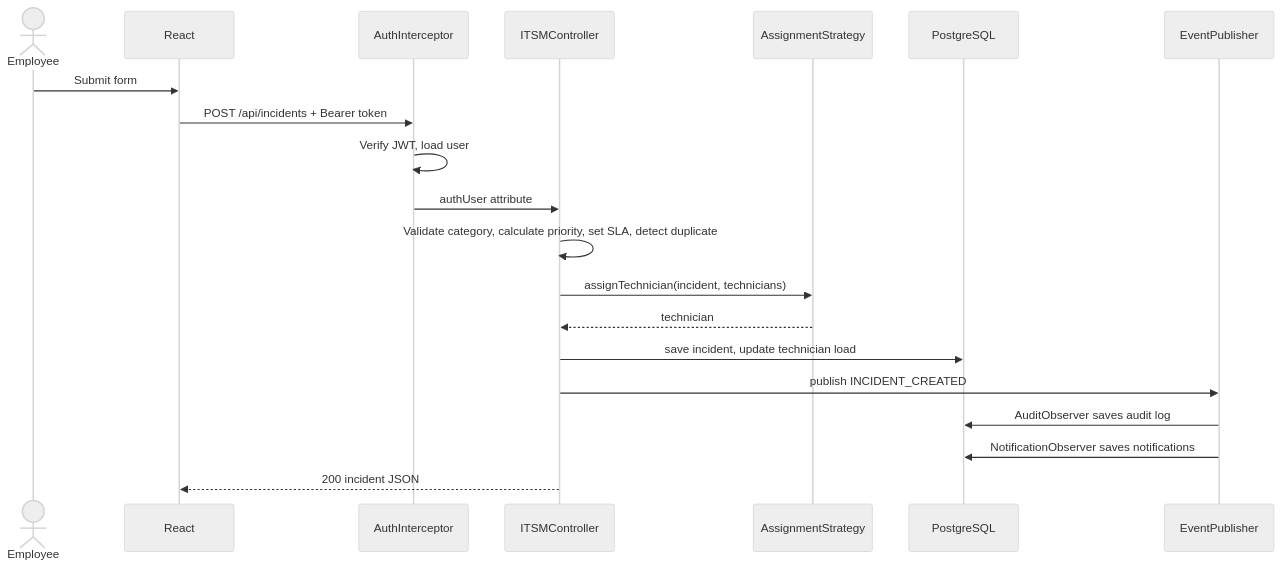
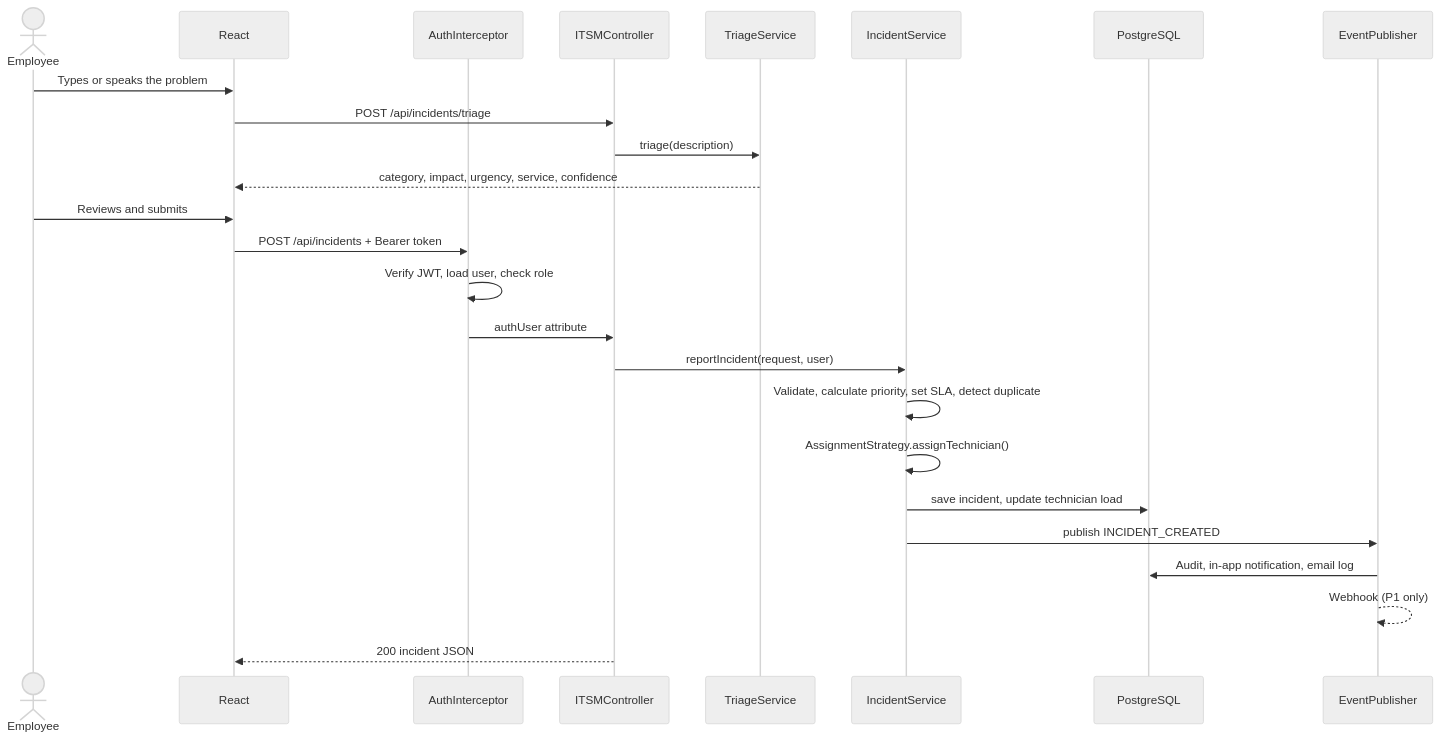
One commit to likhil-20/OOP_Project changed the third of 4 diagrams in docs/architecture.md. Above: the diagram before and after it, drawn with Mermaid (neutral theme). The commit also changed other lines of this file and 18 other files, not shown here.

`````diff
--- a/docs/architecture.md
+++ b/docs/architecture.md
@@ -60,22 +68,27 @@
-````mermaid
+```mermaid
 sequenceDiagram
     actor E as Employee
     participant UI as React
     participant AI as AuthInterceptor
     participant C as ITSMController
-    participant S as AssignmentStrategy
+    participant T as TriageService
+    participant S as IncidentService
     participant DB as PostgreSQL
     participant P as EventPublisher
-    E->>UI: Submit form
+    E->>UI: Types or speaks the problem
+    UI->>C: POST /api/incidents/triage
+    C->>T: triage(description)
+    T-->>UI: category, impact, urgency, service, confidence
+    E->>UI: Reviews and submits
     UI->>AI: POST /api/incidents + Bearer token
-    AI->>AI: Verify JWT, load user
+    AI->>AI: Verify JWT, load user, check role
     AI->>C: authUser attribute
-    C->>C: Validate category, calculate priority, set SLA, detect duplicate
-    C->>S: assignTechnician(incident, technicians)
-    S-->>C: technician
-    C->>DB: save incident, update technician load
-    C->>P: publish INCIDENT_CREATED
-    P->>DB: AuditObserver saves audit log
-    P->>DB: NotificationObserver saves notifications
+    C->>S: reportIncident(request, user)
+    S->>S: Validate, calculate priority, set SLA, detect duplicate
+    S->>S: AssignmentStrategy.assignTechnician()
+    S->>DB: save incident, update technician load
+    S->>P: publish INCIDENT_CREATED
+    P->>DB: Audit, in-app notification, email log
+    P-->>P: Webhook (P1 only)
     C-->>UI: 200 incident JSON
-````
+```
`````
